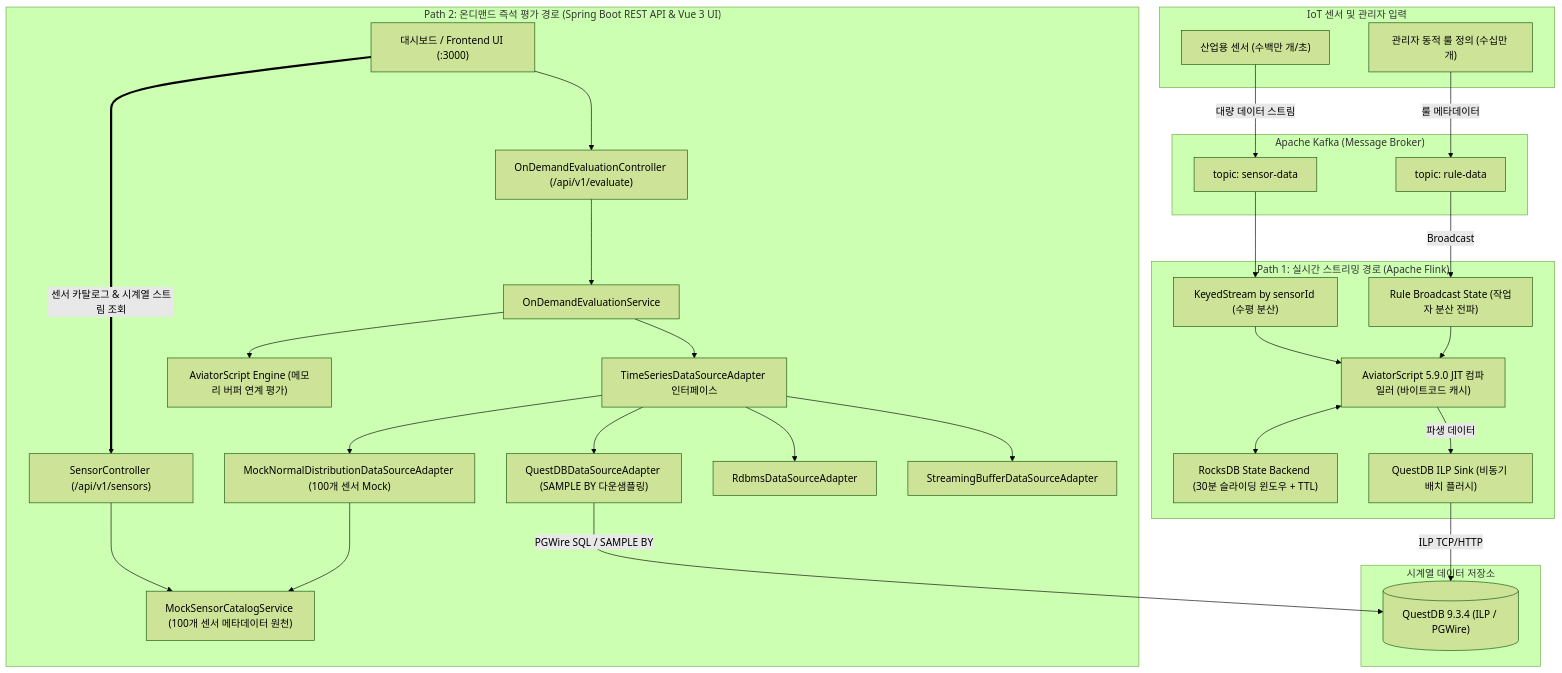
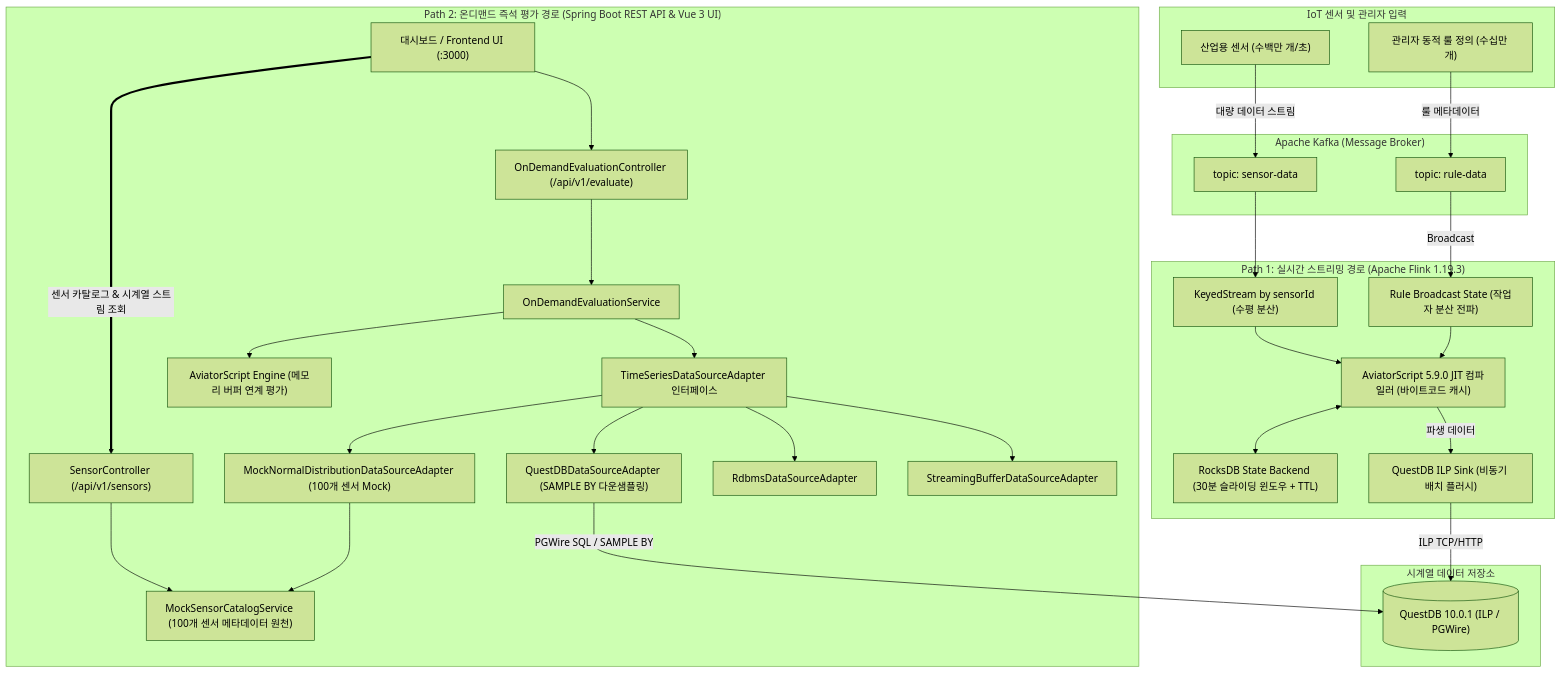
The first of 3 diagrams in README.md (imoil/formula-evaluator-service), drawn with Mermaid (forest theme) before and after one commit. The commit also changed other lines of this file and 7 other files, not shown here.

````diff
--- a/README.md
+++ b/README.md
@@ -22,59 +22,59 @@
 ```mermaid
 flowchart TD
     subgraph DataSources["IoT 센서 및 관리자 입력"]
         SensorInput["산업용 센서 (수백만 개/초)"]
         RuleInput["관리자 동적 룰 정의 (수십만 개)"]
     end
 
     subgraph KafkaCluster["Apache Kafka (Message Broker)"]
         SensorTopic["topic: sensor-data"]
         RuleTopic["topic: rule-data"]
     end
 
     SensorInput -->|대량 데이터 스트림| SensorTopic
     RuleInput -->|룰 메타데이터| RuleTopic
 
-    subgraph StreamingPath["Path 1: 실시간 스트리밍 경로 (Apache Flink)"]
+    subgraph StreamingPath["Path 1: 실시간 스트리밍 경로 (Apache Flink 1.19.3)"]
         BroadcastState["Rule Broadcast State (작업자 분산 전파)"]
         KeyedStream["KeyedStream by sensorId (수평 분산)"]
         RocksDBState["RocksDB State Backend (30분 슬라이딩 윈도우 + TTL)"]
         AviatorJIT1["AviatorScript 5.9.0 JIT 컴파일러 (바이트코드 캐시)"]
         ILPSink["QuestDB ILP Sink (비동기 배치 플러시)"]
 
         RuleTopic -->|Broadcast| BroadcastState
         SensorTopic --> KeyedStream
         KeyedStream & BroadcastState --> AviatorJIT1
         AviatorJIT1 <--> RocksDBState
         AviatorJIT1 -->|파생 데이터| ILPSink
     end
 
     subgraph StorageLayer["시계열 데이터 저장소"]
-        QuestDB[("QuestDB 9.3.4 (ILP / PGWire)")]
+        QuestDB[("QuestDB 10.0.1 (ILP / PGWire)")]
     end
 
     ILPSink -->|ILP TCP/HTTP| QuestDB
 
     subgraph OnDemandPath["Path 2: 온디맨드 즉석 평가 경로 (Spring Boot REST API & Vue 3 UI)"]
         ClientReq["대시보드 / Frontend UI (:3000)"]
         Controller1["OnDemandEvaluationController (/api/v1/evaluate)"]
         Controller2["SensorController (/api/v1/sensors)"]
         Service["OnDemandEvaluationService"]
         Catalog["MockSensorCatalogService (100개 센서 메타데이터 원천)"]
         AdapterLayer["TimeSeriesDataSourceAdapter 인터페이스"]
         QuestDBAdapter["QuestDBDataSourceAdapter (SAMPLE BY 다운샘플링)"]
         MockAdapter["MockNormalDistributionDataSourceAdapter (100개 센서 Mock)"]
         RDBMSAdapter["RdbmsDataSourceAdapter"]
         BufferAdapter["StreamingBufferDataSourceAdapter"]
         AviatorJIT2["AviatorScript Engine (메모리 버퍼 연계 평가)"]
 
         ClientReq --> Controller1
         ClientReq ==>|센서 카탈로그 & 시계열 스트림 조회| Controller2
         Controller2 --> Catalog
         Controller1 --> Service
         Service --> AdapterLayer
         AdapterLayer --> QuestDBAdapter & MockAdapter & RDBMSAdapter & BufferAdapter
         MockAdapter --> Catalog
         QuestDBAdapter -->|PGWire SQL / SAMPLE BY| QuestDB
         Service --> AviatorJIT2
     end
 ```
````
